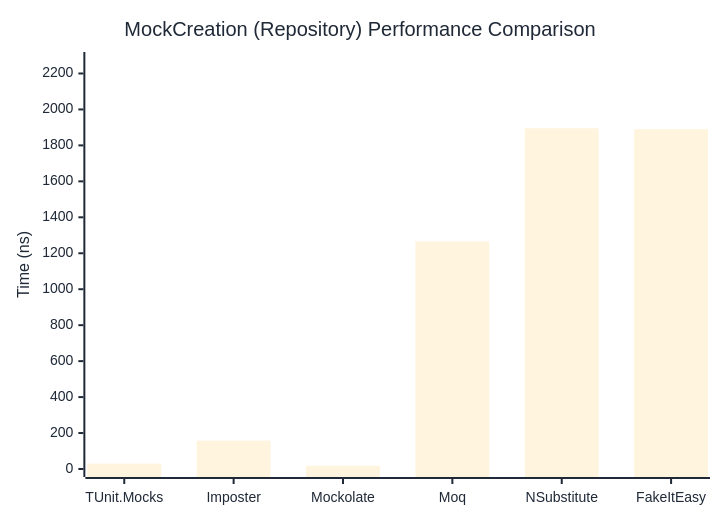
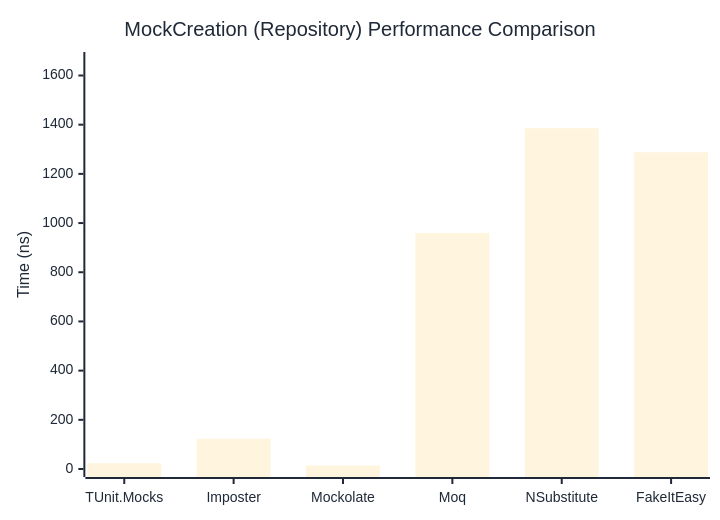
The second of 2 diagrams in docs/docs/benchmarks/mocks/MockCreation.md (thomhurst/TUnit), drawn with Mermaid before and after one commit. The commit also changed other lines of this file and 14 other files, not shown here.

````diff
--- a/docs/docs/benchmarks/mocks/MockCreation.md
+++ b/docs/docs/benchmarks/mocks/MockCreation.md
@@ -71,27 +71,27 @@
 ```mermaid
 %%{init: {
   'theme':'base',
   'themeVariables': {
     'primaryColor': '#2563eb',
     'primaryTextColor': '#1f2937',
     'primaryBorderColor': '#1e40af',
     'lineColor': '#6b7280',
     'secondaryColor': '#7c3aed',
     'tertiaryColor': '#dc2626',
     'background': '#ffffff',
     'pie1': '#2563eb',
     'pie2': '#7c3aed',
     'pie3': '#dc2626',
     'pie4': '#f59e0b',
     'pie5': '#10b981',
     'pie6': '#06b6d4',
     'pie7': '#ec4899',
     'pie8': '#6366f1'
   }
 }}%%
 xychart-beta
   title "MockCreation (Repository) Performance Comparison"
   x-axis ["TUnit.Mocks", "Imposter", "Mockolate", "Moq", "NSubstitute", "FakeItEasy"]
-  y-axis "Time (ns)" 0 --> 2275
-  bar [30.4, 157.65, 18.2, 1266.11, 1895.33, 1889.94]
+  y-axis "Time (ns)" 0 --> 1663
+  bar [23.46, 123.02, 14.15, 959.91, 1385.63, 1287.78]
 ```
````
